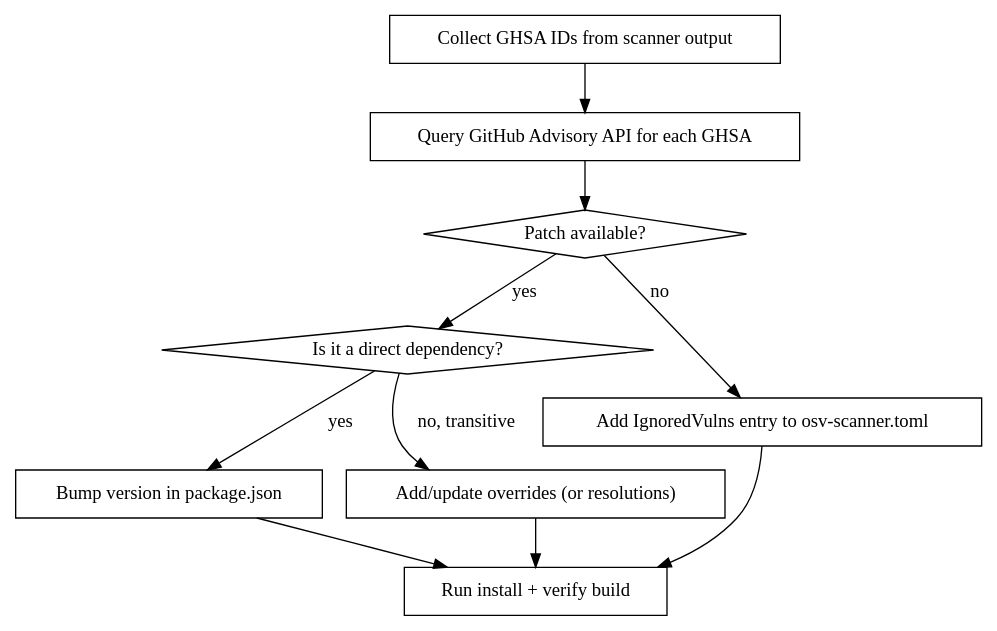
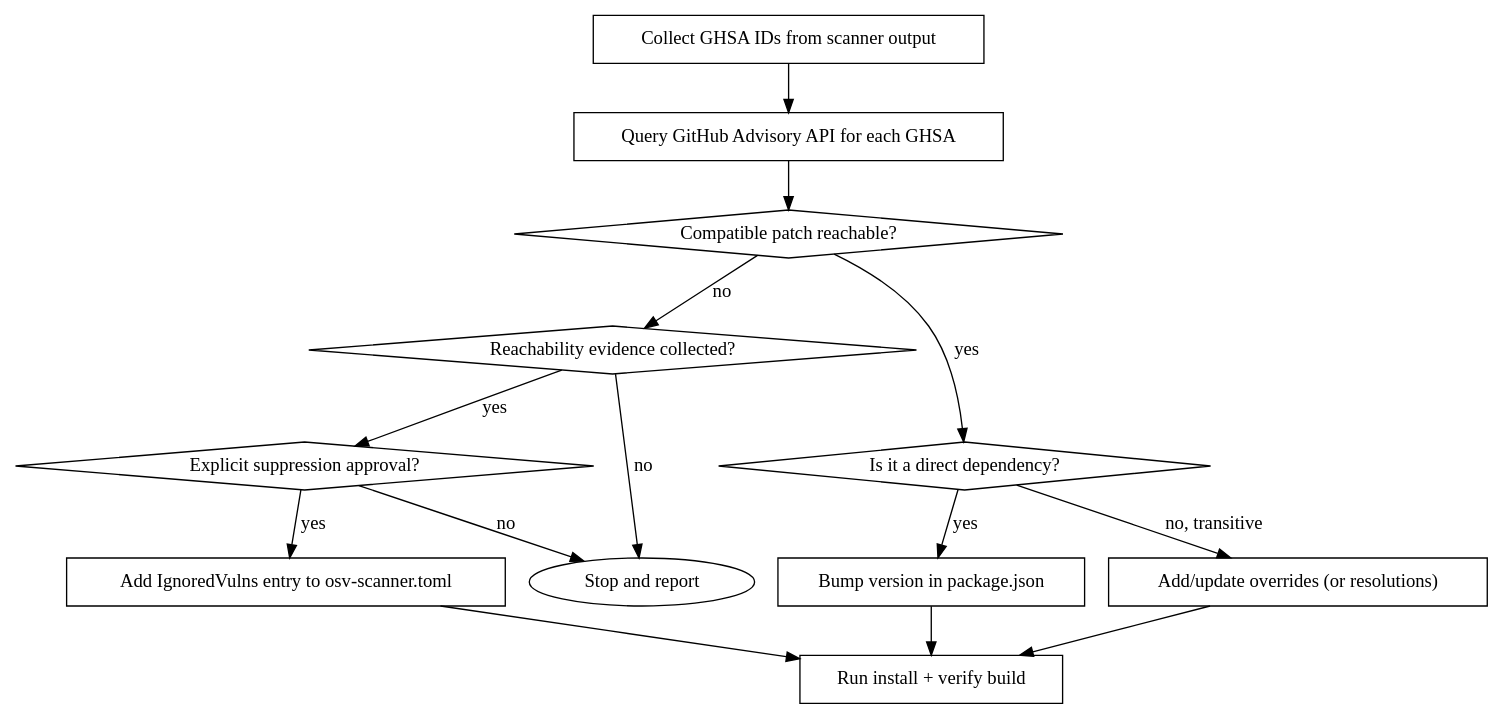
The diagram in plugins/repo-gate/skills/fix-osv-vulnerabilities/SKILL.md (AndrewDongminYoo/cc-agents-kit), drawn with Graphviz before and after one commit. The commit also changed other lines of this file and 3 other files, not shown here.

````diff
--- a/plugins/repo-gate/skills/fix-osv-vulnerabilities/SKILL.md
+++ b/plugins/repo-gate/skills/fix-osv-vulnerabilities/SKILL.md
@@ -18,22 +18,28 @@
 ```dot
 digraph fix_osv {
     "Collect GHSA IDs from scanner output" [shape=box];
     "Query GitHub Advisory API for each GHSA" [shape=box];
-    "Patch available?" [shape=diamond];
+    "Compatible patch reachable?" [shape=diamond];
+    "Reachability evidence collected?" [shape=diamond];
+    "Explicit suppression approval?" [shape=diamond];
     "Is it a direct dependency?" [shape=diamond];
     "Bump version in package.json" [shape=box];
     "Add/update overrides (or resolutions)" [shape=box];
     "Add IgnoredVulns entry to osv-scanner.toml" [shape=box];
     "Run install + verify build" [shape=box];
 
     "Collect GHSA IDs from scanner output" -> "Query GitHub Advisory API for each GHSA";
-    "Query GitHub Advisory API for each GHSA" -> "Patch available?";
-    "Patch available?" -> "Is it a direct dependency?" [label="yes"];
-    "Patch available?" -> "Add IgnoredVulns entry to osv-scanner.toml" [label="no"];
+    "Query GitHub Advisory API for each GHSA" -> "Compatible patch reachable?";
+    "Compatible patch reachable?" -> "Is it a direct dependency?" [label="yes"];
+    "Compatible patch reachable?" -> "Reachability evidence collected?" [label="no"];
+    "Reachability evidence collected?" -> "Explicit suppression approval?" [label="yes"];
+    "Reachability evidence collected?" -> "Stop and report" [label="no"];
+    "Explicit suppression approval?" -> "Add IgnoredVulns entry to osv-scanner.toml" [label="yes"];
+    "Explicit suppression approval?" -> "Stop and report" [label="no"];
     "Is it a direct dependency?" -> "Bump version in package.json" [label="yes"];
     "Is it a direct dependency?" -> "Add/update overrides (or resolutions)" [label="no, transitive"];
     "Bump version in package.json" -> "Run install + verify build";
     "Add/update overrides (or resolutions)" -> "Run install + verify build";
     "Add IgnoredVulns entry to osv-scanner.toml" -> "Run install + verify build";
 }
 ```
````
